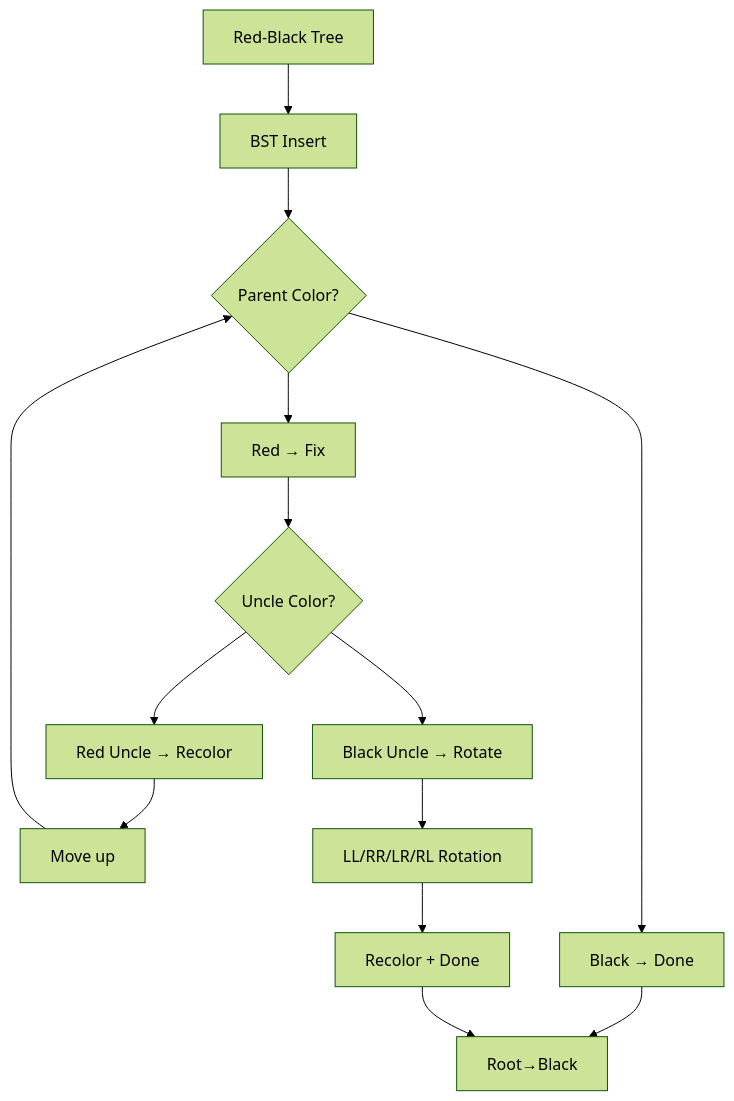
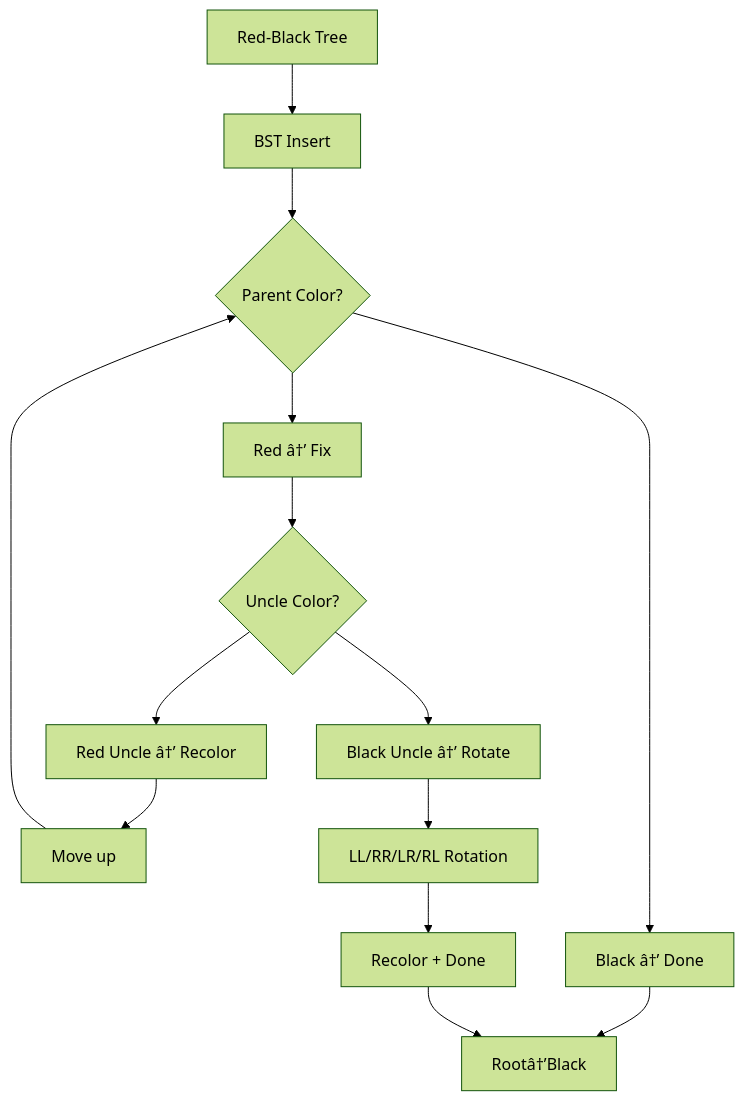
Before and after one commit to Raushan666java/ai-engineering-journey: the diagram in docs/courses/data-structures/14-red-black.md, drawn with Mermaid (forest theme). The commit also changed other lines of this file and 735 other files, not shown here.

````diff
--- a/docs/courses/data-structures/14-red-black.md
+++ b/docs/courses/data-structures/14-red-black.md
@@ -59,16 +59,16 @@
 ```mermaid
 flowchart TD
     A[Red-Black Tree] --> B[BST Insert]
     B --> C{Parent Color?}
-    C --> D[Black → Done]
-    C --> E[Red → Fix]
+    C --> D[Black â†’ Done]
+    C --> E[Red â†’ Fix]
     E --> F{Uncle Color?}
-    F --> G[Red Uncle → Recolor]
-    F --> H[Black Uncle → Rotate]
+    F --> G[Red Uncle â†’ Recolor]
+    F --> H[Black Uncle â†’ Rotate]
     G --> I[Move up]
     I --> C
     H --> J[LL/RR/LR/RL Rotation]
     J --> K[Recolor + Done]
-    D --> L[Root→Black]
+    D --> L[Rootâ†’Black]
     K --> L
 ```
````
